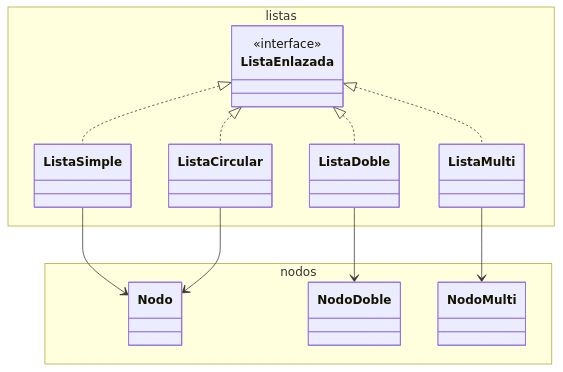
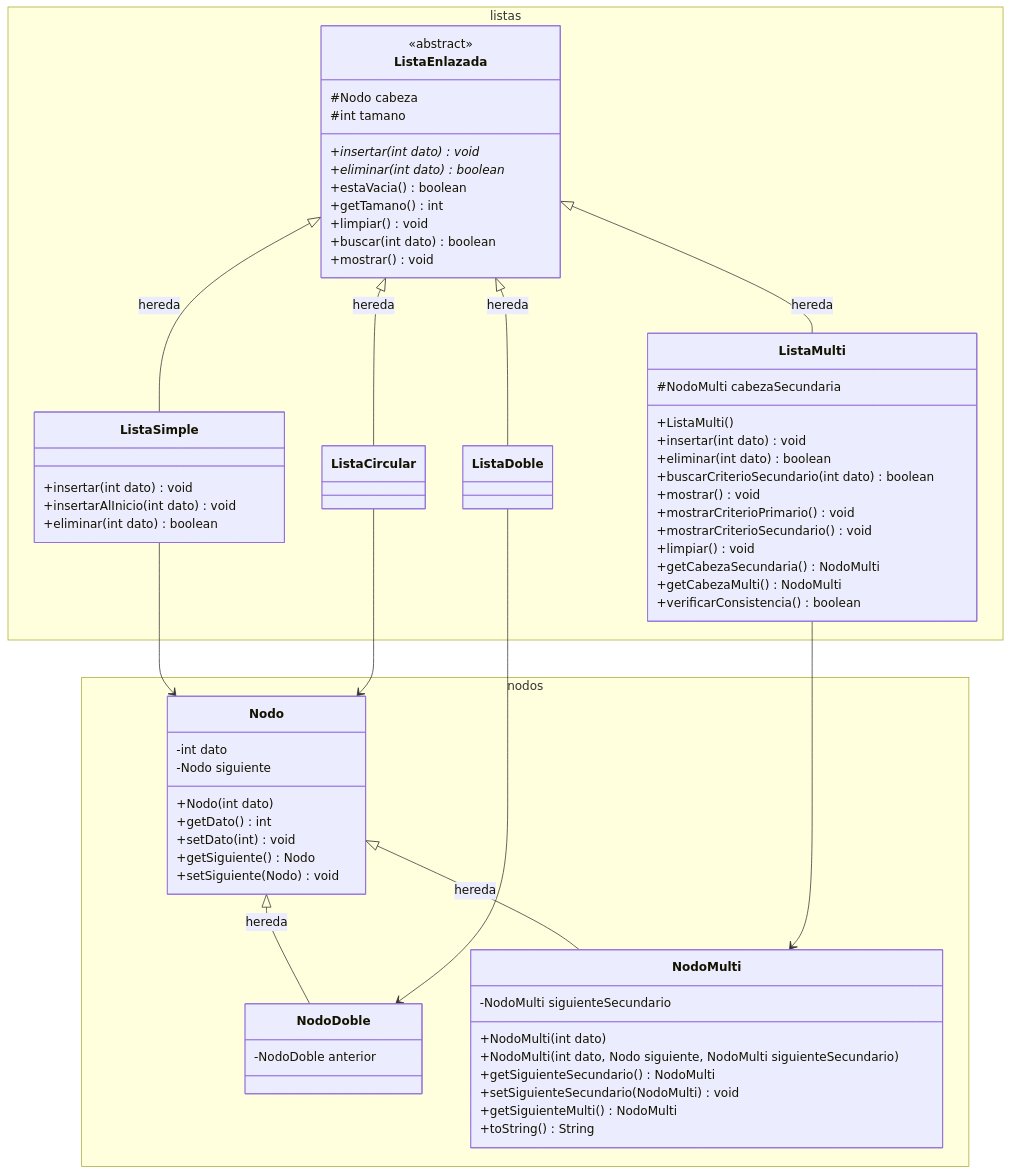
Before and after one commit to CrisDLS/Estructuras-de-Datos-umb: the diagram in Parcial_2/Listas_Enlazadas/docs/diagrama_clases.md, drawn with Mermaid. The commit also changed other lines of this file, not shown here.

Commit message:
docs(listas): actualizar diagrama Mermaid con detalles de NodoMulti y ListaMulti
- Ajusta ListaEnlazada a clase abstracta.
- Documenta atributos, metodos y relaciones de herencia de la multilista.

````diff
--- a/Parcial_2/Listas_Enlazadas/docs/diagrama_clases.md
+++ b/Parcial_2/Listas_Enlazadas/docs/diagrama_clases.md
@@ -5,37 +5,79 @@
 ```mermaid
 classDiagram
     direction TB
 
     namespace nodos {
         class Nodo {
+            -int dato
+            -Nodo siguiente
+            +Nodo(int dato)
+            +getDato() int
+            +setDato(int) void
+            +getSiguiente() Nodo
+            +setSiguiente(Nodo) void
         }
         class NodoDoble {
+            -NodoDoble anterior
         }
         class NodoMulti {
+            -NodoMulti siguienteSecundario
+            +NodoMulti(int dato)
+            +NodoMulti(int dato, Nodo siguiente, NodoMulti siguienteSecundario)
+            +getSiguienteSecundario() NodoMulti
+            +setSiguienteSecundario(NodoMulti) void
+            +getSiguienteMulti() NodoMulti
+            +toString() String
         }
     }
 
     namespace listas {
         class ListaEnlazada {
-            <<interface>>
+            <<abstract>>
+            #Nodo cabeza
+            #int tamano
+            +insertar(int dato)* void
+            +eliminar(int dato)* boolean
+            +estaVacia() boolean
+            +getTamano() int
+            +limpiar() void
+            +buscar(int dato) boolean
+            +mostrar() void
         }
         class ListaSimple {
+            +insertar(int dato) void
+            +insertarAlInicio(int dato) void
+            +eliminar(int dato) boolean
         }
         class ListaDoble {
         }
         class ListaCircular {
         }
         class ListaMulti {
+            #NodoMulti cabezaSecundaria
+            +ListaMulti()
+            +insertar(int dato) void
+            +eliminar(int dato) boolean
+            +buscarCriterioSecundario(int dato) boolean
+            +mostrar() void
+            +mostrarCriterioPrimario() void
+            +mostrarCriterioSecundario() void
+            +limpiar() void
+            +getCabezaSecundaria() NodoMulti
+            +getCabezaMulti() NodoMulti
+            +verificarConsistencia() boolean
         }
     }
 
-    ListaEnlazada <|.. ListaSimple
-    ListaEnlazada <|.. ListaDoble
-    ListaEnlazada <|.. ListaCircular
-    ListaEnlazada <|.. ListaMulti
+    Nodo <|-- NodoDoble : hereda
+    Nodo <|-- NodoMulti : hereda
+
+    ListaEnlazada <|-- ListaSimple : hereda
+    ListaEnlazada <|-- ListaDoble : hereda
+    ListaEnlazada <|-- ListaCircular : hereda
+    ListaEnlazada <|-- ListaMulti : hereda
 
     ListaSimple --> Nodo
     ListaDoble --> NodoDoble
     ListaCircular --> Nodo
     ListaMulti --> NodoMulti
 ```
````
